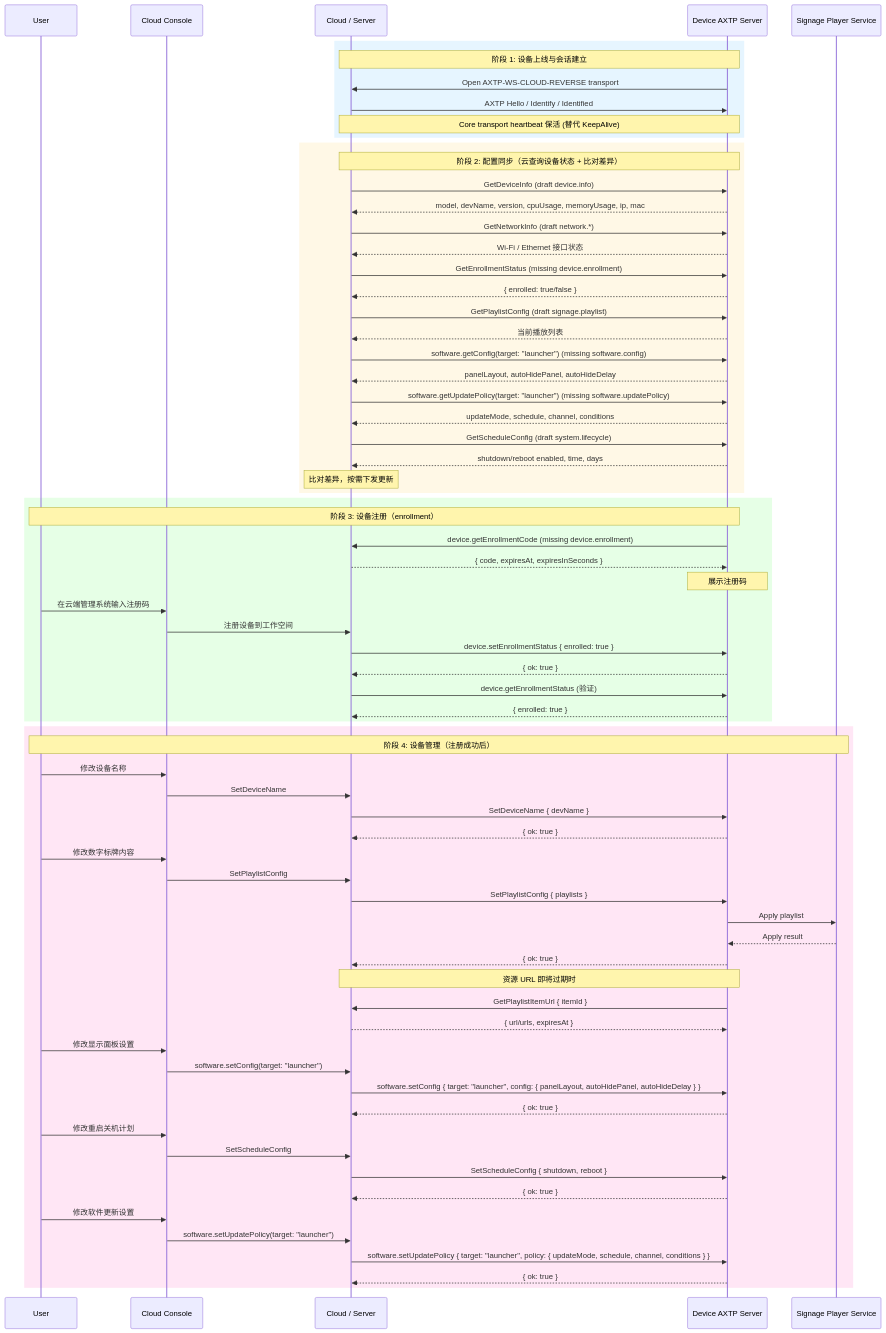
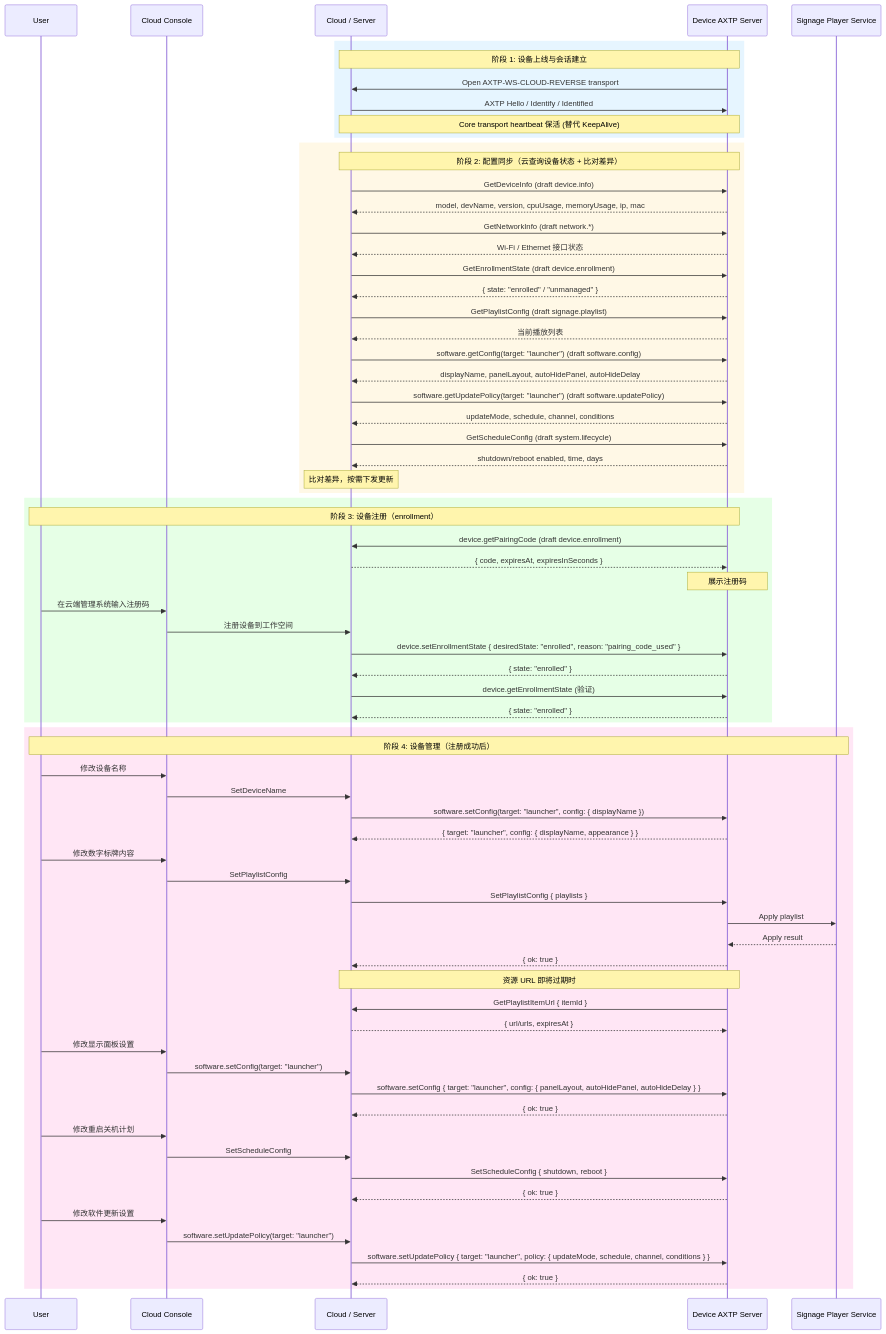
The diagram in docs/flows/signage-device-management.md (Mostorm-Labs/axtp), drawn with Mermaid before and after one commit. The commit also changed other lines of this file, not shown here.

Commit message:
docs: update signage device management flow to reflect drafted protocol gaps

````diff
--- a/docs/flows/signage-device-management.md
+++ b/docs/flows/signage-device-management.md
@@ -89,81 +89,81 @@
 ```mermaid
 sequenceDiagram
     participant User
     participant Console as Cloud Console
     participant Cloud as Cloud / Server
     participant Device as Device AXTP Server
     participant Signage as Signage Player Service
 
     rect rgb(230, 245, 255)
         Note over Device,Cloud: 阶段 1: 设备上线与会话建立
         Device->>Cloud: Open AXTP-WS-CLOUD-REVERSE transport
         Cloud->>Device: AXTP Hello / Identify / Identified
         Note over Device,Cloud: Core transport heartbeat 保活 (替代 KeepAlive)
     end
 
     rect rgb(255, 248, 230)
         Note over Cloud,Device: 阶段 2: 配置同步（云查询设备状态 + 比对差异）
         Cloud->>Device: GetDeviceInfo (draft device.info)
         Device-->>Cloud: model, devName, version, cpuUsage, memoryUsage, ip, mac
         Cloud->>Device: GetNetworkInfo (draft network.*)
         Device-->>Cloud: Wi-Fi / Ethernet 接口状态
-        Cloud->>Device: GetEnrollmentStatus (missing device.enrollment)
-        Device-->>Cloud: { enrolled: true/false }
+        Cloud->>Device: GetEnrollmentState (draft device.enrollment)
+        Device-->>Cloud: { state: "enrolled" / "unmanaged" }
         Cloud->>Device: GetPlaylistConfig (draft signage.playlist)
         Device-->>Cloud: 当前播放列表
-        Cloud->>Device: software.getConfig(target: "launcher") (missing software.config)
-        Device-->>Cloud: panelLayout, autoHidePanel, autoHideDelay
-        Cloud->>Device: software.getUpdatePolicy(target: "launcher") (missing software.updatePolicy)
+        Cloud->>Device: software.getConfig(target: "launcher") (draft software.config)
+        Device-->>Cloud: displayName, panelLayout, autoHidePanel, autoHideDelay
+        Cloud->>Device: software.getUpdatePolicy(target: "launcher") (draft software.updatePolicy)
         Device-->>Cloud: updateMode, schedule, channel, conditions
         Cloud->>Device: GetScheduleConfig (draft system.lifecycle)
         Device-->>Cloud: shutdown/reboot enabled, time, days
         Note over Cloud: 比对差异，按需下发更新
     end
 
     rect rgb(230, 255, 230)
         Note over User,Device: 阶段 3: 设备注册（enrollment）
-        Device->>Cloud: device.getEnrollmentCode (missing device.enrollment)
+        Device->>Cloud: device.getPairingCode (draft device.enrollment)
         Cloud-->>Device: { code, expiresAt, expiresInSeconds }
         Note over Device: 展示注册码
         User->>Console: 在云端管理系统输入注册码
         Console->>Cloud: 注册设备到工作空间
-        Cloud->>Device: device.setEnrollmentStatus { enrolled: true }
-        Device-->>Cloud: { ok: true }
-        Cloud->>Device: device.getEnrollmentStatus (验证)
-        Device-->>Cloud: { enrolled: true }
+        Cloud->>Device: device.setEnrollmentState { desiredState: "enrolled", reason: "pairing_code_used" }
+        Device-->>Cloud: { state: "enrolled" }
+        Cloud->>Device: device.getEnrollmentState (验证)
+        Device-->>Cloud: { state: "enrolled" }
     end
 
     rect rgb(255, 230, 245)
         Note over User,Signage: 阶段 4: 设备管理（注册成功后）
         User->>Console: 修改设备名称
         Console->>Cloud: SetDeviceName
-        Cloud->>Device: SetDeviceName { devName }
-        Device-->>Cloud: { ok: true }
+        Cloud->>Device: software.setConfig(target: "launcher", config: { displayName })
+        Device-->>Cloud: { target: "launcher", config: { displayName, appearance } }
 
         User->>Console: 修改数字标牌内容
         Console->>Cloud: SetPlaylistConfig
         Cloud->>Device: SetPlaylistConfig { playlists }
         Device->>Signage: Apply playlist
         Signage-->>Device: Apply result
         Device-->>Cloud: { ok: true }
 
         Note over Device,Cloud: 资源 URL 即将过期时
         Device->>Cloud: GetPlaylistItemUrl { itemId }
         Cloud-->>Device: { url/urls, expiresAt }
 
         User->>Console: 修改显示面板设置
         Console->>Cloud: software.setConfig(target: "launcher")
         Cloud->>Device: software.setConfig { target: "launcher", config: { panelLayout, autoHidePanel, autoHideDelay } }
         Device-->>Cloud: { ok: true }
 
         User->>Console: 修改重启关机计划
         Console->>Cloud: SetScheduleConfig
         Cloud->>Device: SetScheduleConfig { shutdown, reboot }
         Device-->>Cloud: { ok: true }
 
         User->>Console: 修改软件更新设置
         Console->>Cloud: software.setUpdatePolicy(target: "launcher")
         Cloud->>Device: software.setUpdatePolicy { target: "launcher", policy: { updateMode, schedule, channel, conditions } }
         Device-->>Cloud: { ok: true }
     end
 ```
````
